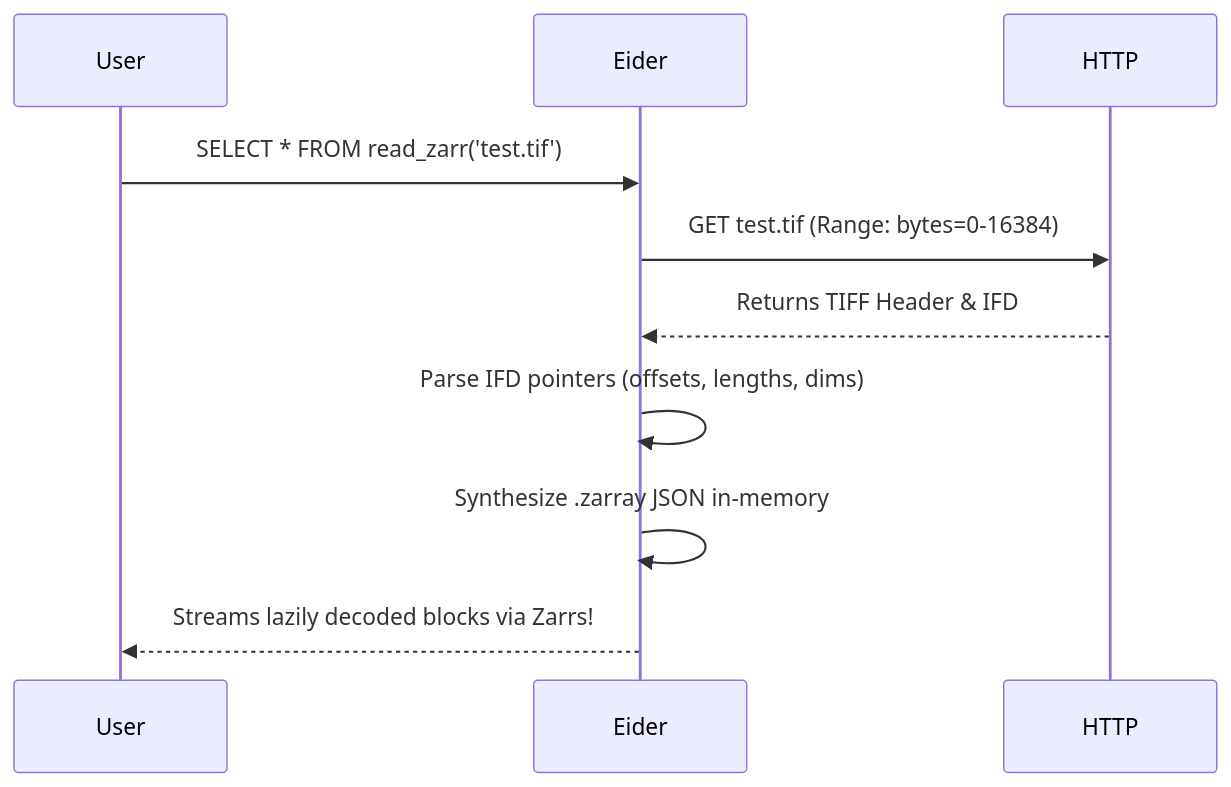
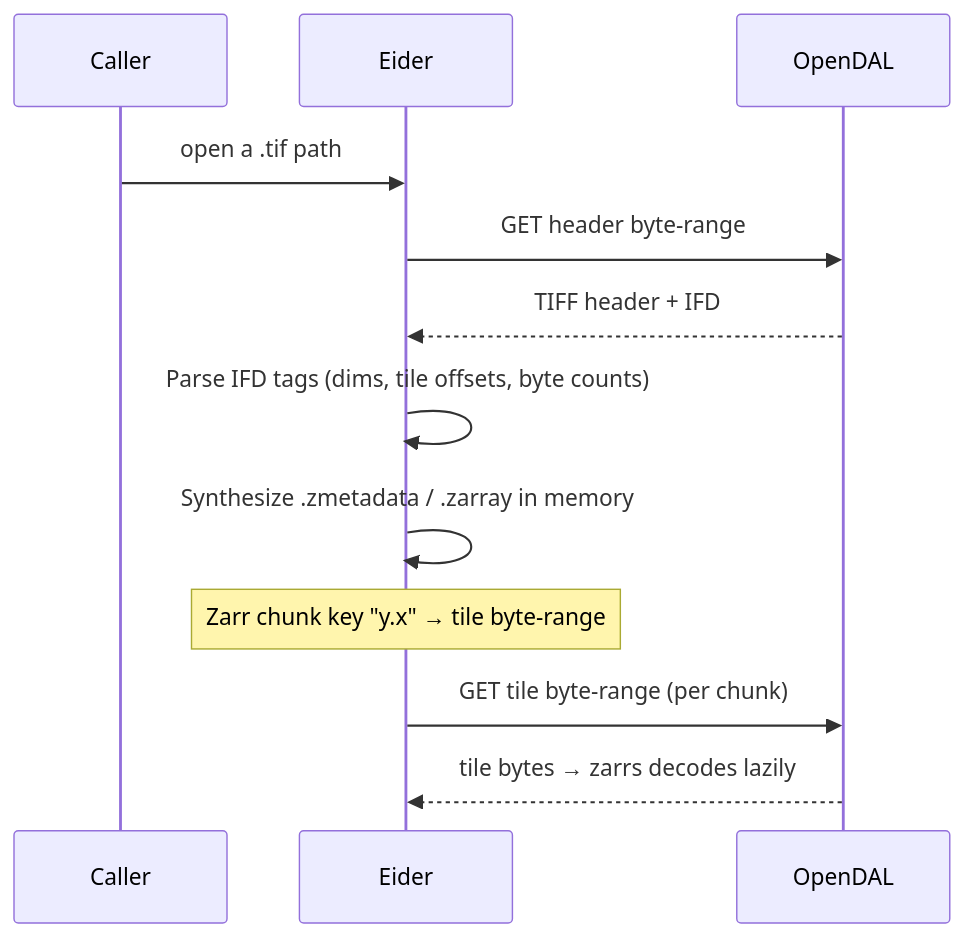
Before and after one commit to dnf0/zarrduck: the diagram in docs/docs/engineering/cog_virtualization.mdx, drawn with Mermaid. The commit also changed other lines of this file and 6 other files, not shown here.

````diff
--- a/docs/docs/engineering/cog_virtualization.mdx
+++ b/docs/docs/engineering/cog_virtualization.mdx
@@ -5,13 +13,15 @@
 ```mermaid
 sequenceDiagram
-    participant User
+    participant Caller
     participant Eider
-    participant HTTP
+    participant Store as OpenDAL
 
-    User->>Eider: SELECT * FROM read_zarr('test.tif')
-    Eider->>HTTP: GET test.tif (Range: bytes=0-16384)
-    HTTP-->>Eider: Returns TIFF Header & IFD
-    Eider->>Eider: Parse IFD pointers (offsets, lengths, dims)
-    Eider->>Eider: Synthesize .zarray JSON in-memory
-    Eider-->>User: Streams lazily decoded blocks via Zarrs!
+    Caller->>Eider: open a .tif path
+    Eider->>Store: GET header byte-range
+    Store-->>Eider: TIFF header + IFD
+    Eider->>Eider: Parse IFD tags (dims, tile offsets, byte counts)
+    Eider->>Eider: Synthesize .zmetadata / .zarray in memory
+    Note over Eider: Zarr chunk key "y.x" → tile byte-range
+    Eider->>Store: GET tile byte-range (per chunk)
+    Store-->>Eider: tile bytes → zarrs decodes lazily
 ```
````
